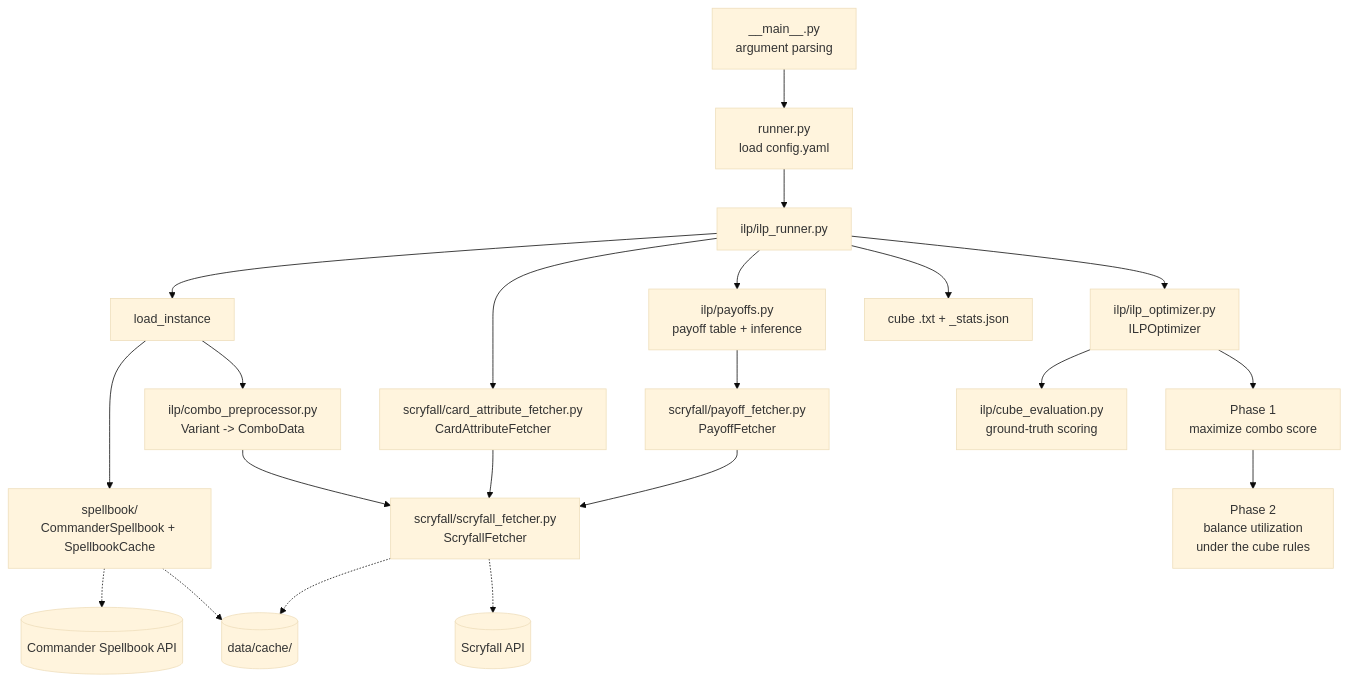
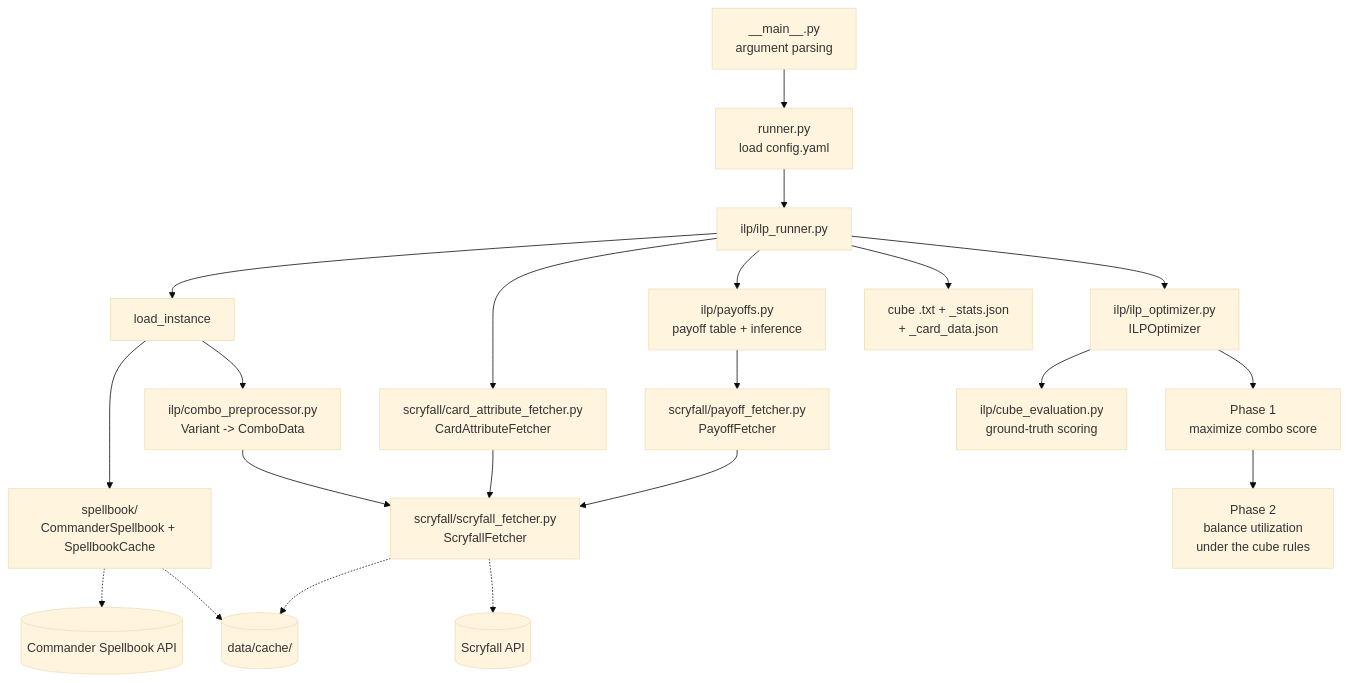
The diagram in docs/architecture.md (tgrunnagle/mtg-combo-cube), drawn with Mermaid (base theme) before and after one commit. The commit also changed other lines of this file and 12 other files, not shown here.

First line of the commit message:
Write why each card is in the cube to a per-card data file (#31)

````diff
--- a/docs/architecture.md
+++ b/docs/architecture.md
@@ -20,29 +20,29 @@
 ```mermaid
 flowchart TD
     CLI["__main__.py<br/>argument parsing"] --> RUN["runner.py<br/>load config.yaml"]
 
     RUN --> ILPR["ilp/ilp_runner.py"]
 
     ILPR --> LOAD["load_instance"]
     LOAD --> SB["spellbook/<br/>CommanderSpellbook + SpellbookCache"]
     LOAD --> PRE["ilp/combo_preprocessor.py<br/>Variant -> ComboData"]
     PRE --> SF["scryfall/scryfall_fetcher.py<br/>ScryfallFetcher"]
 
     ILPR --> CAF["scryfall/card_attribute_fetcher.py<br/>CardAttributeFetcher"]
     CAF --> SF
     ILPR --> PAY["ilp/payoffs.py<br/>payoff table + inference"]
     PAY --> PF["scryfall/payoff_fetcher.py<br/>PayoffFetcher"]
     PF --> SF
 
     ILPR --> OPT["ilp/ilp_optimizer.py<br/>ILPOptimizer"]
     OPT --> P1["Phase 1<br/>maximize combo score"]
     P1 --> P2["Phase 2<br/>balance utilization<br/>under the cube rules"]
     OPT --> EVAL["ilp/cube_evaluation.py<br/>ground-truth scoring"]
 
-    ILPR --> OUT["cube .txt + _stats.json"]
+    ILPR --> OUT["cube .txt + _stats.json<br/>+ _card_data.json"]
 
     SB -.-> API1[("Commander Spellbook API")]
     SF -.-> API2[("Scryfall API")]
     SB -.-> CACHE[("data/cache/")]
     SF -.-> CACHE
 ```
````
